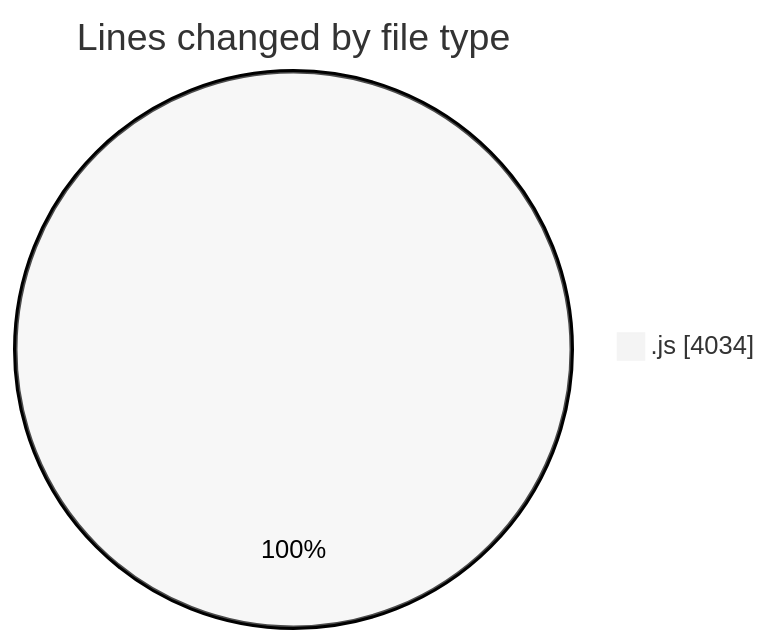
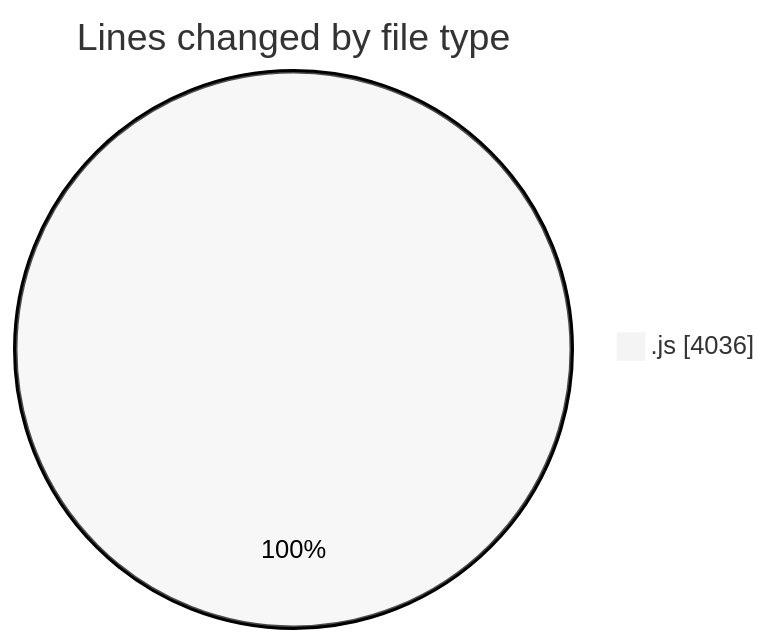
The first of 2 diagrams in 2025-10-15/nxtqube_webapp/README.md (nxtqubesakshisongat/code-tracking), drawn with Mermaid (neutral theme) before and after one commit. The commit also changed other lines of this file and 1 other file, not shown here.

````diff
--- a/2025-10-15/nxtqube_webapp/README.md
+++ b/2025-10-15/nxtqube_webapp/README.md
@@ -21,5 +21,5 @@
 ```mermaid
 pie showData
 title Lines changed by file type
-".js" : 4034
+".js" : 4036
 ```
````
